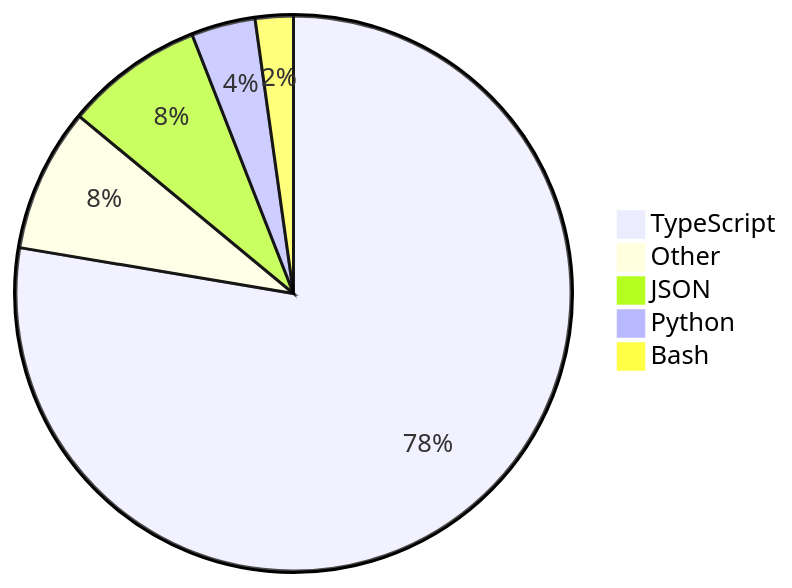
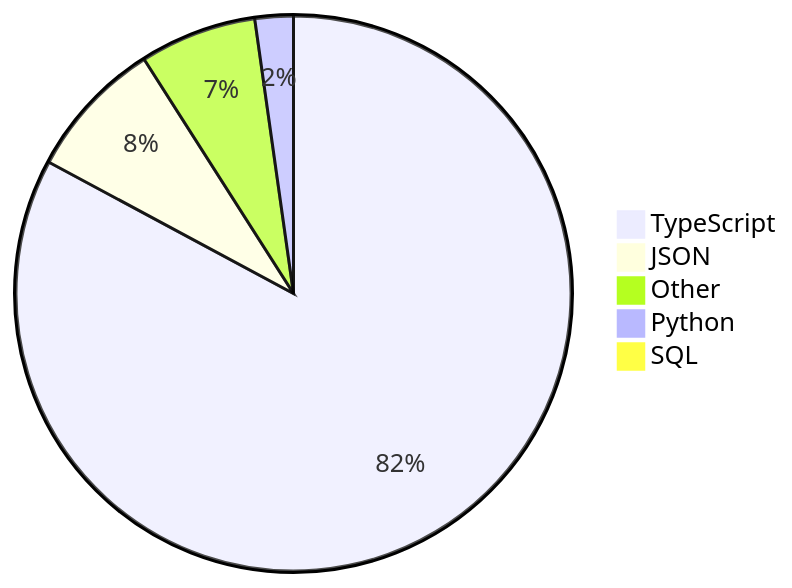
One commit to skvggor/skvggor changed the diagram in README.md. Above: the diagram before and after it, drawn with Mermaid.

Commit message:
Updated waka-readme graph with new metrics

````diff
--- a/README.md
+++ b/README.md
@@ -28,8 +28,8 @@
 ```mermaid
 pie
-    "TypeScript" : 77.1
-    "Other" : 8.3
+    "TypeScript" : 81.6
     "JSON" : 8.0
-    "Python" : 3.7
-    "Bash" : 2.2
+    "Other" : 6.7
+    "Python" : 2.2
+    "SQL" : 0.5
 ```
````
